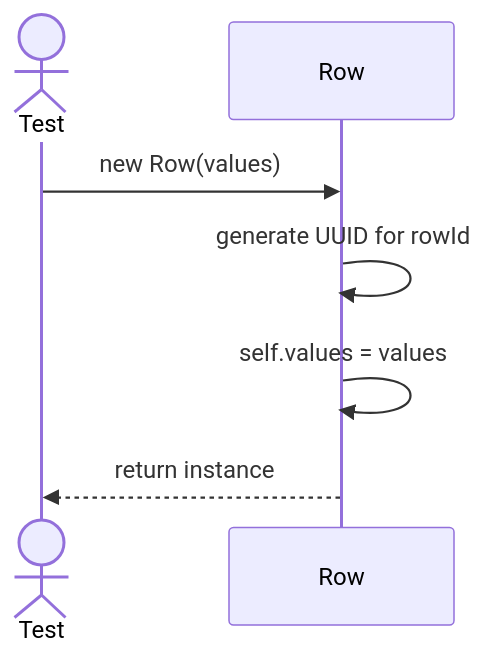
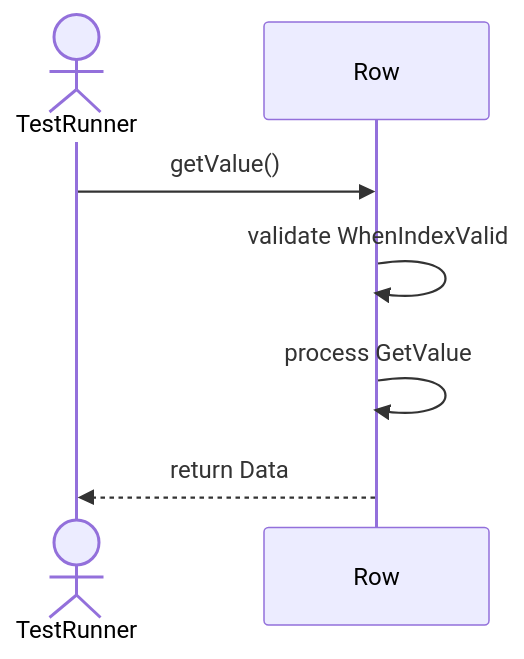
One commit to TamBui1706/DBMS changed the second of 7 diagrams in Sequences/DatabaseObjectManagement/Row.md. Above: the diagram before and after it, drawn with Mermaid. The commit also changed other lines of this file and 63 other files, not shown here.

Commit message:
Draw sequence diagram for unit tests

````diff
--- a/Sequences/DatabaseObjectManagement/Row.md
+++ b/Sequences/DatabaseObjectManagement/Row.md
@@ -14,10 +33,9 @@
 ```mermaid
 sequenceDiagram
-    actor Test
+    actor TestRunner
     participant Row
-
-    Test->>Row: new Row(values)
-    Row->>Row: generate UUID for rowId
-    Row->>Row: self.values = values
-    Row-->>Test: return instance
+    TestRunner->>Row: getValue()
+    Row->>Row: validate WhenIndexValid
+    Row->>Row: process GetValue
+    Row-->>TestRunner: return Data
 ```
````
